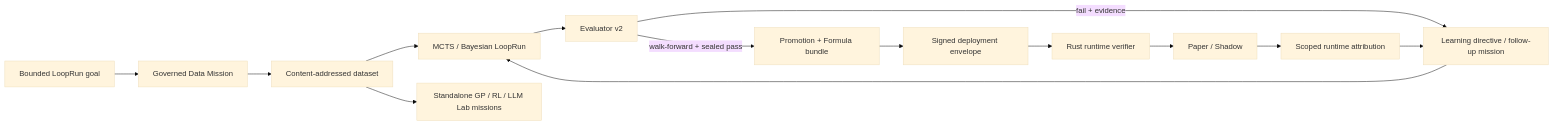
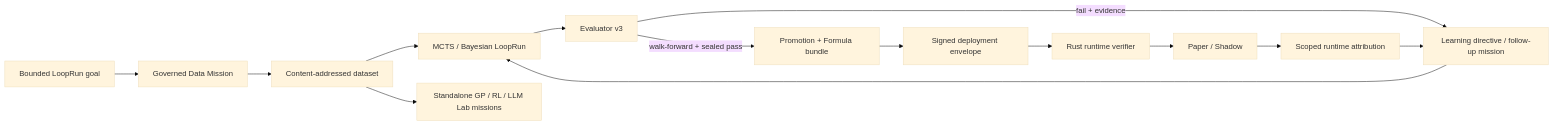
The diagram in README.md (proerror77/monday), drawn with Mermaid (base theme) before and after one commit. The commit also changed other lines of this file and 3 other files, not shown here.

````diff
--- a/README.md
+++ b/README.md
@@ -44,16 +44,16 @@
 ```mermaid
 flowchart LR
     G["Bounded LoopRun goal"] --> D["Governed Data Mission"]
     D --> C["Content-addressed dataset"]
     C --> S["MCTS / Bayesian LoopRun"]
     C --> Q["Standalone GP / RL / LLM Lab missions"]
-    S --> E["Evaluator v2"]
+    S --> E["Evaluator v3"]
     E -->|"fail + evidence"| L["Learning directive / follow-up mission"]
     L --> S
     E -->|"walk-forward + sealed pass"| P["Promotion + Formula bundle"]
     P --> H["Signed deployment envelope"]
     H --> R["Rust runtime verifier"]
     R --> X["Paper / Shadow"]
     X --> A["Scoped runtime attribution"]
     A --> L
 ```
````
